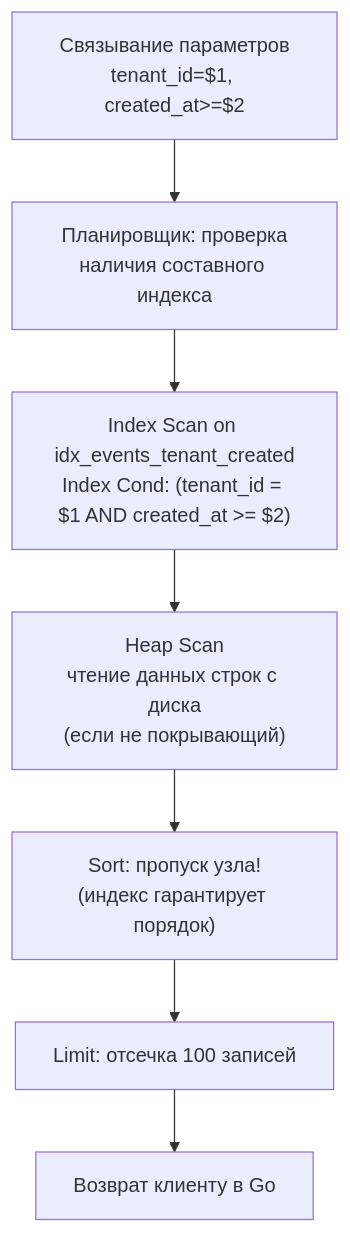
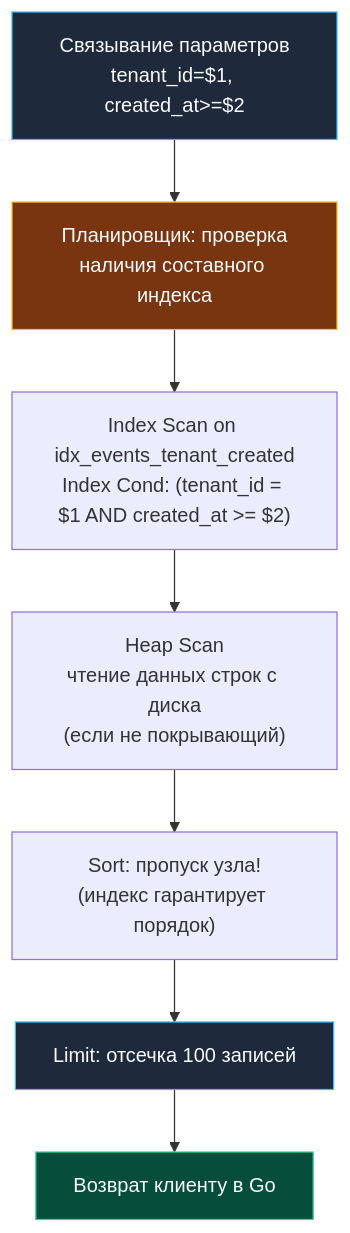
The second of 2 diagrams in sources/12. Базы данных/04. Индексы и производительность/5. Composite индексы.md (UnrealTemplier/go-textbook), drawn with Mermaid before and after one commit. The commit also changed other lines of this file and 1666 other files, not shown here.

First line of the commit message:
feat(mermaid): add semantic color classDef to 1369 colorless flowchart/graph diagrams

````diff
--- a/sources/12. Базы данных/04. Индексы и производительность/5. Composite индексы.md
+++ b/sources/12. Базы данных/04. Индексы и производительность/5. Composite индексы.md
@@ -274,17 +284,27 @@
 ```mermaid
 flowchart TD
-    Bind["Связывание параметров<br>tenant_id=$1, created_at>=$2"]
-    Planner["Планировщик: проверка<br>наличия составного индекса"]
+    classDef process  fill:#1e293b,stroke:#38bdf8,stroke-width:1px,color:#f8fafc
+    classDef success  fill:#064e3b,stroke:#34d399,stroke-width:1px,color:#f8fafc
+    classDef error    fill:#7f1d1d,stroke:#f87171,stroke-width:1px,color:#f8fafc
+    classDef warning  fill:#78350f,stroke:#fbbf24,stroke-width:1px,color:#f8fafc
+    classDef entry    fill:#1e3a5f,stroke:#38bdf8,stroke-width:2px,color:#f8fafc
+    classDef aux      fill:#334155,stroke:#64748b,stroke-width:1px,color:#f8fafc
+    classDef system   fill:#312e81,stroke:#a78bfa,stroke-width:1px,color:#f8fafc
+    classDef data     fill:#132d29,stroke:#2dd4bf,stroke-width:1px,color:#f8fafc
+    classDef network  fill:#881337,stroke:#fb7185,stroke-width:1px,color:#f8fafc
+    classDef accent   fill:#1e1b4b,stroke:#818cf8,stroke-width:1px,color:#f8fafc
+    Bind["Связывание параметров<br>tenant_id=$1, created_at>=$2"]:::process
+    Planner["Планировщик: проверка<br>наличия составного индекса"]:::warning
     IndexScan["Index Scan on idx_events_tenant_created<br>Index Cond: (tenant_id = $1 AND created_at >= $2)"]
     HeapScan["Heap Scan<br>чтение данных строк с диска<br>(если не покрывающий)"]
     Sort["Sort: пропуск узла!<br>(индекс гарантирует порядок)"]
-    Limit["Limit: отсечка 100 записей"]
-    Result["Возврат клиенту в Go"]
+    Limit["Limit: отсечка 100 записей"]:::process
+    Result["Возврат клиенту в Go"]:::success
 
     Bind --> Planner
     Planner --> IndexScan
     IndexScan --> HeapScan
     HeapScan --> Sort
     Sort --> Limit
     Limit --> Result
 ```
````
